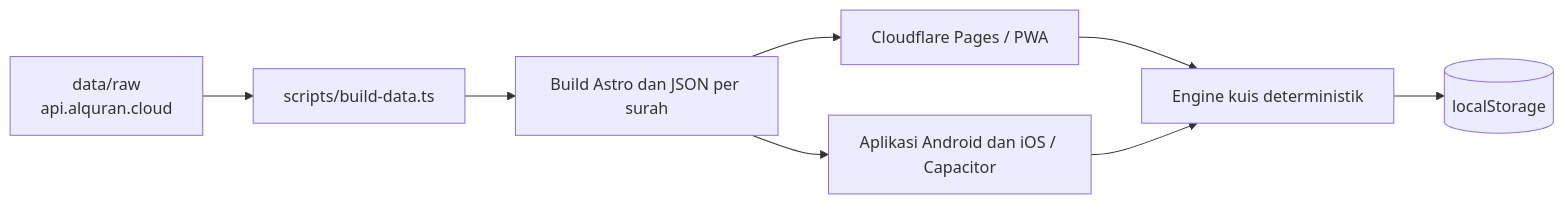
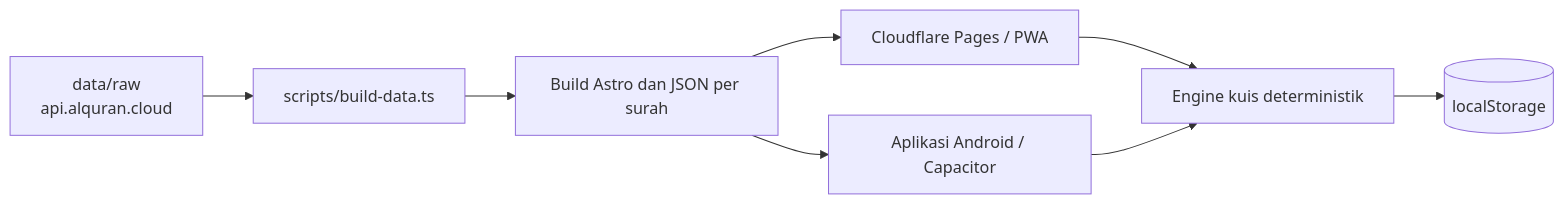
Before and after one commit to afdaliable/sambungayat: the diagram in README.md, drawn with Mermaid. The commit also changed other lines of this file, not shown here.

````diff
--- a/README.md
+++ b/README.md
@@ -19,10 +19,10 @@
 ```mermaid
 flowchart LR
   A[data/raw<br/>api.alquran.cloud] --> B[scripts/build-data.ts]
   B --> C[Build Astro dan JSON per surah]
   C --> D[Cloudflare Pages / PWA]
-  C --> G[Aplikasi Android dan iOS / Capacitor]
+  C --> G[Aplikasi Android / Capacitor]
   D --> E[Engine kuis deterministik]
   G --> E
   E --> F[(localStorage)]
 ```
````
